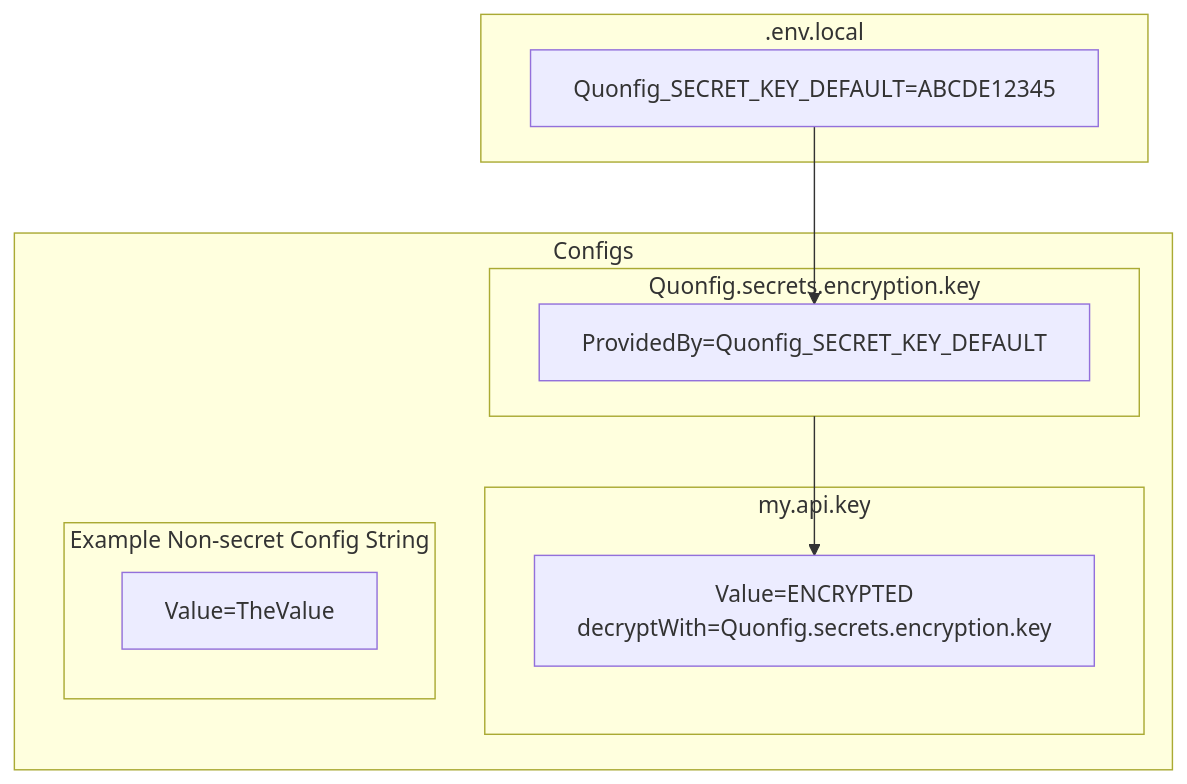
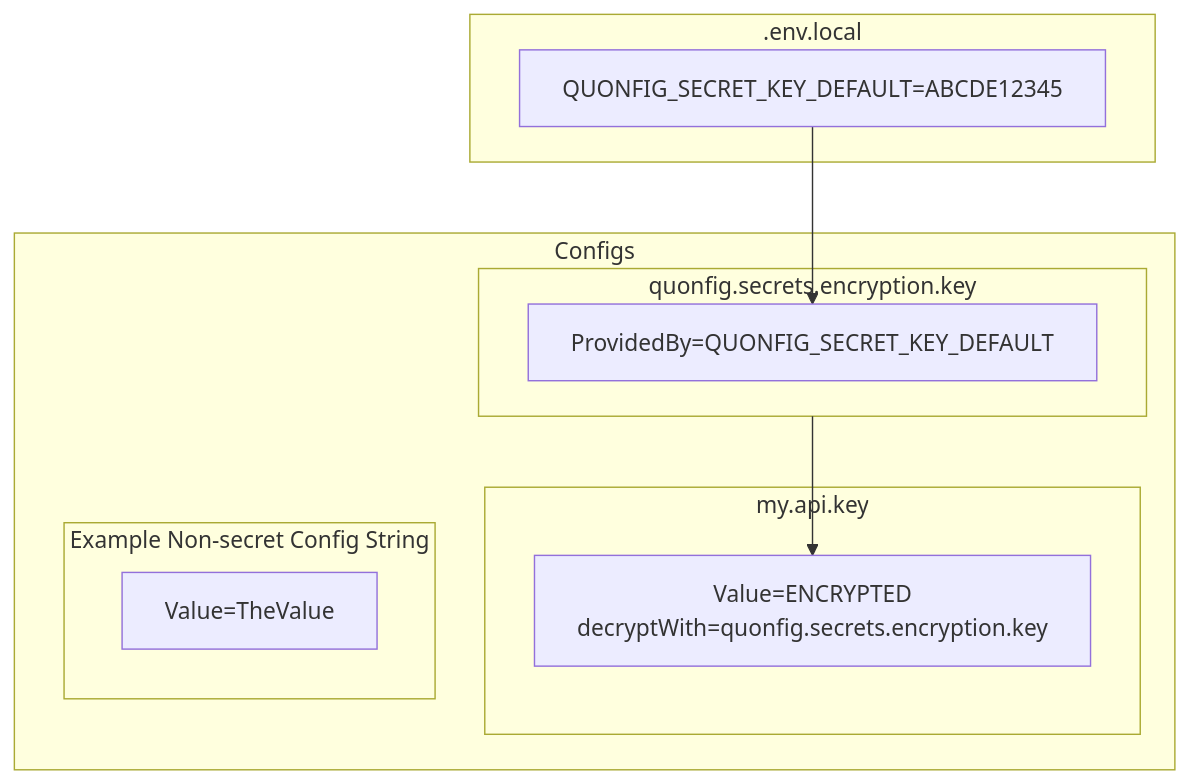
Before and after one commit to quonfig/docs: the first of 3 diagrams in docs/explanations/features/secret-management.md, drawn with Mermaid. The commit also changed other lines of this file, not shown here.

First line of the commit message:
docs(secrets): fix CLI command names and casing

````diff
--- a/docs/explanations/features/secret-management.md
+++ b/docs/explanations/features/secret-management.md
@@ -85,19 +85,19 @@
 ```mermaid
 graph
   subgraph Configs
     subgraph my.api.key
-      s[Value=ENCRYPTED<br/>decryptWith=Quonfig.secrets.encryption.key]
+      s[Value=ENCRYPTED<br/>decryptWith=quonfig.secrets.encryption.key]
     end
-    subgraph pk[Quonfig.secrets.encryption.key]
-      e[ProvidedBy=Quonfig_SECRET_KEY_DEFAULT]
+    subgraph pk[quonfig.secrets.encryption.key]
+      e[ProvidedBy=QUONFIG_SECRET_KEY_DEFAULT]
     end
     subgraph normal[Example Non-secret Config String]
       n[Value=TheValue]
     end
   end
   subgraph .env.local
-    ev[Quonfig_SECRET_KEY_DEFAULT=ABCDE12345]
+    ev[QUONFIG_SECRET_KEY_DEFAULT=ABCDE12345]
   end
   ev-->e
   pk-->s
 ```
````
